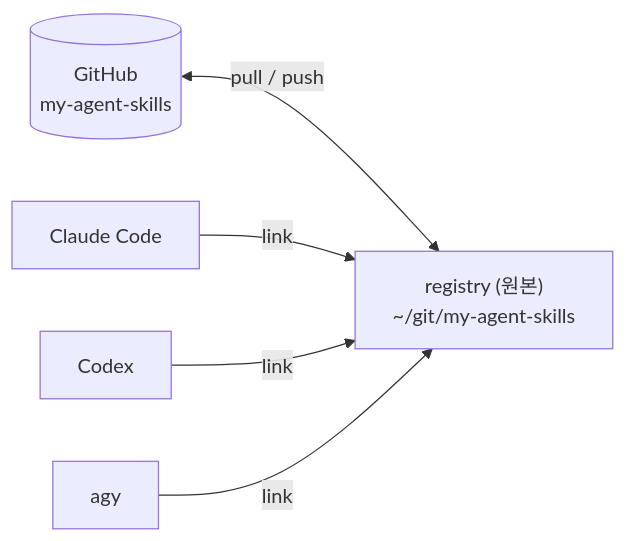
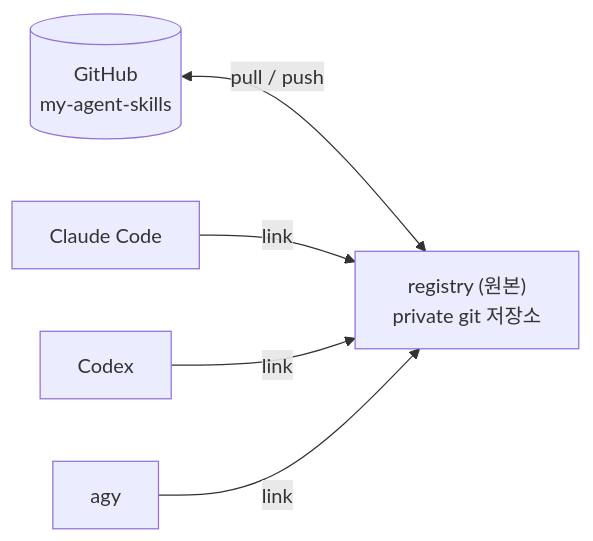
The first of 4 diagrams in docs/2026-11-23-skill-drive-rust-v1-spec.md (Seosiju/my-skills), drawn with Mermaid before and after one commit. The commit also changed other lines of this file and 3 other files, not shown here.

````diff
--- a/docs/2026-11-23-skill-drive-rust-v1-spec.md
+++ b/docs/2026-11-23-skill-drive-rust-v1-spec.md
@@ -85,13 +85,13 @@
 ```mermaid
 flowchart LR
   GH[("GitHub<br/>my-agent-skills")]
-  REG["registry (원본)<br/>~/git/my-agent-skills"]
+  REG["registry (원본)<br/>private git 저장소"]
   CL["Claude Code"]
   CX["Codex"]
   AG["agy"]
 
   GH <-->|"pull / push"| REG
   CL -->|link| REG
   CX -->|link| REG
   AG -->|link| REG
 ```
````
